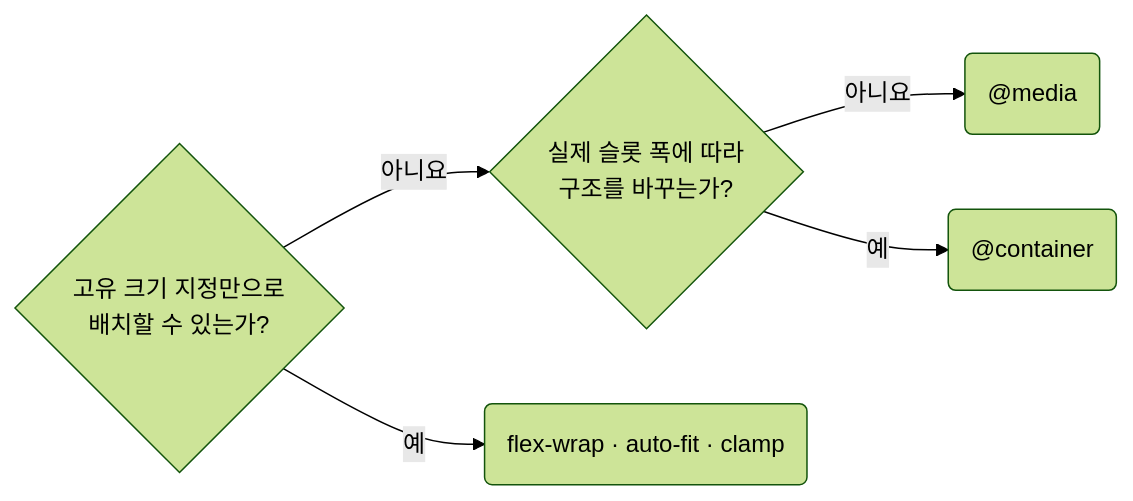
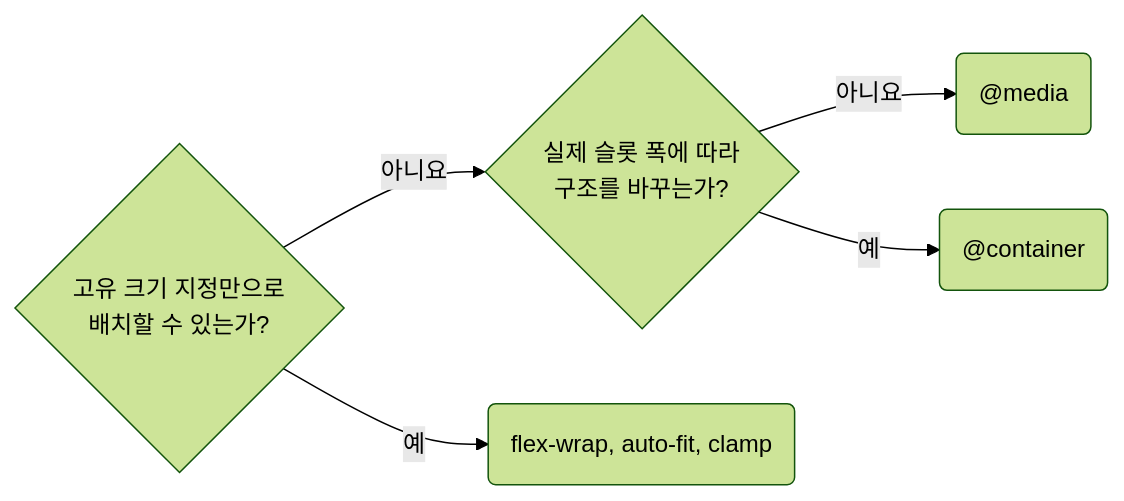
The diagram in skill/css/contracts/layout-reach-for-intrinsic-sizing-before-breakpoints.md (minu-ha/agent-conventions), drawn with Mermaid (forest theme) before and after one commit. The commit also changed other lines of this file and 194 other files, not shown here.

````diff
--- a/skill/css/contracts/layout-reach-for-intrinsic-sizing-before-breakpoints.md
+++ b/skill/css/contracts/layout-reach-for-intrinsic-sizing-before-breakpoints.md
@@ -12,6 +12,6 @@
 ```mermaid
 flowchart LR
 	q1{"고유 크기 지정만으로<br>배치할 수 있는가?"} -- 아니요 --> q2{"실제 슬롯 폭에 따라<br>구조를 바꾸는가?"} -- 아니요 --> r3("@media")
-	q1 -- 예 --> r1("flex-wrap · auto-fit · clamp")
+	q1 -- 예 --> r1("flex-wrap, auto-fit, clamp")
 	q2 -- 예 --> r2("@container")
 ```
````
